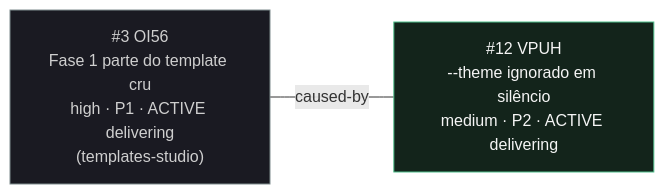
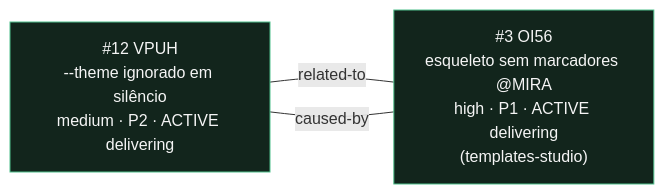
Before and after one commit to sandeco/mira-animator: the diagram in _reversa_bugs/cli-mira-animator/generated/graph.md, drawn with Mermaid. The commit also changed other lines of this file and 68 other files, not shown here.

First line of the commit message:
fix(mira-fast,templates-studio): corrige os oito bugs abertos do registro

````diff
--- a/_reversa_bugs/cli-mira-animator/generated/graph.md
+++ b/_reversa_bugs/cli-mira-animator/generated/graph.md
@@ -5,12 +7,15 @@
 ```mermaid
 graph LR
   VPUH["#12 VPUH<br/>--theme ignorado em silêncio<br/>medium · P2 · ACTIVE delivering"]
-  OI56["#3 OI56<br/>Fase 1 parte do template cru<br/>high · P1 · ACTIVE delivering<br/>(templates-studio)"]
+  OI56["#3 OI56<br/>esqueleto sem marcadores @MIRA<br/>high · P1 · ACTIVE delivering<br/>(templates-studio)"]
 
+  VPUH ---|related-to| OI56
   OI56 ---|caused-by| VPUH
 
-  classDef entregando fill:#13241b,stroke:#4fbf8b,color:#f5f5f5
-  classDef externo fill:#1a1a22,stroke:#7f8c8d,color:#cfcfcf
+  classDef critico fill:#2a1014,stroke:#e05260,color:#f5f5f5
+  classDef aberto fill:#2a1416,stroke:#c0392b,color:#f5f5f5
+  classDef medio fill:#2a2413,stroke:#c8a02c,color:#f5f5f5
+  classDef entregando fill:#12251c,stroke:#4fbf8b,color:#f5f5f5
   class VPUH entregando
-  class OI56 externo
+  class OI56 entregando
 ```
````
